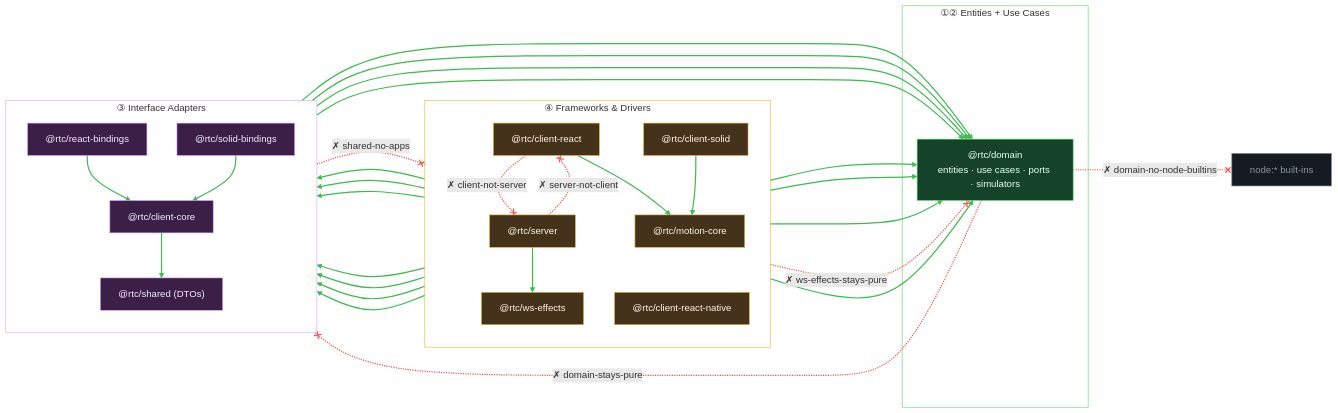
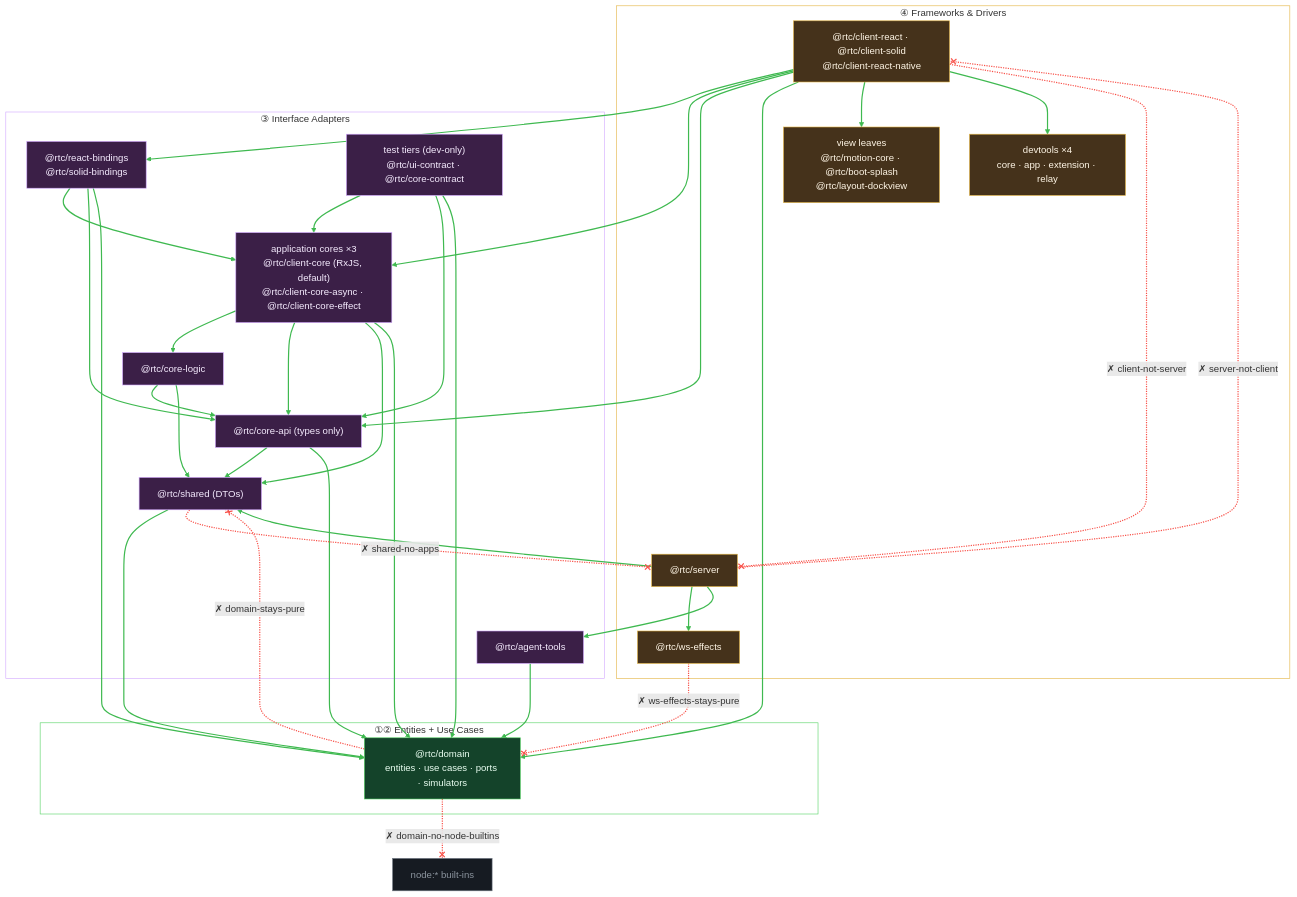
The third of 3 diagrams in docs/architecture/01-overview.md (bettersoftware-io/ReactiveTraderCloudClone), drawn with Mermaid before and after one commit. The commit also changed other lines of this file, not shown here.

Commit message:
docs(architecture): overview draws all 25 packages and the three cores
The ring diagram in §1.3.1 showed eight packages and "the seven
dependency-cruiser rules"; it now groups all 25 by ring, points at the
~40 rules in .dependency-cruiser.cjs, and names client-core as the
default (RxJS) core with two sibling implementations.

Claude-Session: https://claude.ai/code/session_01JdQtWNPjiNAEu7Ji9fejzH

````diff
--- a/docs/architecture/01-overview.md
+++ b/docs/architecture/01-overview.md
@@ -126,76 +126,79 @@
 ```mermaid
-flowchart LR
+flowchart TB
   subgraph r4["④ Frameworks & Drivers"]
-    direction TB
-    webc["@rtc/client-react"]
-    rnc["@rtc/client-react-native"]
-    solidc["@rtc/client-solid"]
+    clients["@rtc/client-react · @rtc/client-solid<br/>@rtc/client-react-native"]
+    srv["@rtc/server"]
     wse["@rtc/ws-effects"]
-    srv["@rtc/server"]
-    motion["@rtc/motion-core"]
+    leaves["view leaves<br/>@rtc/motion-core · @rtc/boot-splash<br/>@rtc/layout-dockview"]
+    devtools["devtools ×4<br/>core · app · extension · relay"]
   end
   subgraph r3["③ Interface Adapters"]
-    direction TB
-    core["@rtc/client-core"]
-    rb["@rtc/react-bindings"]
-    sb["@rtc/solid-bindings"]
+    bindings["@rtc/react-bindings<br/>@rtc/solid-bindings"]
+    cores["application cores ×3<br/>@rtc/client-core (RxJS, default)<br/>@rtc/client-core-async · @rtc/client-core-effect"]
+    tiers["test tiers (dev-only)<br/>@rtc/ui-contract · @rtc/core-contract"]
+    agent["@rtc/agent-tools"]
+    logic["@rtc/core-logic"]
+    api["@rtc/core-api (types only)"]
     shared["@rtc/shared (DTOs)"]
   end
   subgraph r12["①② Entities + Use Cases"]
     domain["@rtc/domain<br/>entities · use cases · ports · simulators"]
   end
   nodeb["node:* built-ins"]:::ext
 
-  %% --- allowed inward imports (edges 0-14; keep order — linkStyle indices depend on it) ---
-  webc --> rb
-  webc --> core
-  webc --> domain
-  rnc --> rb
-  rnc --> core
-  rnc --> domain
-  rb --> core
-  rb --> domain
-  core --> shared
-  core --> domain
-  srv --> domain
+  %% --- allowed inward imports (edges 0-24; keep order — linkStyle indices depend on it) ---
+  clients --> bindings
+  clients --> cores
+  clients --> api
+  clients --> domain
+  clients --> leaves
+  clients --> devtools
+  bindings --> cores
+  bindings --> api
+  bindings --> domain
+  cores --> logic
+  cores --> api
+  cores --> shared
+  cores --> domain
+  logic --> api
+  logic --> shared
+  api --> shared
+  api --> domain
+  shared --> domain
+  tiers --> cores
+  tiers --> api
+  tiers --> domain
+  srv --> wse
+  srv --> agent
   srv --> shared
-  srv --> wse
-  shared --> domain
-  webc --> motion
+  agent --> domain
 
-  %% --- forbidden crossings (edges 15-20), each tagged with the rule that rejects it ---
+  %% --- forbidden crossings (edges 25-30), each tagged with the rule that rejects it ---
   domain -. "✗ domain-stays-pure" .-x shared
   shared -. "✗ shared-no-apps" .-x srv
-  webc -. "✗ client-not-server" .-x srv
-  srv -. "✗ server-not-client" .-x webc
+  clients -. "✗ client-not-server" .-x srv
+  srv -. "✗ server-not-client" .-x clients
   wse -. "✗ ws-effects-stays-pure" .-x domain
   domain -. "✗ domain-no-node-builtins" .-x nodeb
-
-  %% --- allowed inward imports, part 2 (edges 21-26; appended, NOT interleaved,
-  %% so the linkStyle indices for edges 0-20 above stay valid) ---
-  solidc --> sb
-  solidc --> core
-  solidc --> domain
-  solidc --> motion
-  sb --> core
-  sb --> domain
 
   classDef ext fill:#161b22,stroke:#6e7681,color:#8b949e
   style r4 fill:none,stroke:#e3b341
   style r3 fill:none,stroke:#d2a8ff
   style r12 fill:none,stroke:#56d364
   style domain fill:#14432a,stroke:#56d364,color:#eafff2
-  style core fill:#3b1f47,stroke:#d2a8ff,color:#f6ecff
-  style rb fill:#3b1f47,stroke:#d2a8ff,color:#f6ecff
-  style sb fill:#3b1f47,stroke:#d2a8ff,color:#f6ecff
+  style bindings fill:#3b1f47,stroke:#d2a8ff,color:#f6ecff
+  style cores fill:#3b1f47,stroke:#d2a8ff,color:#f6ecff
+  style tiers fill:#3b1f47,stroke:#d2a8ff,color:#f6ecff
+  style agent fill:#3b1f47,stroke:#d2a8ff,color:#f6ecff
+  style logic fill:#3b1f47,stroke:#d2a8ff,color:#f6ecff
+  style api fill:#3b1f47,stroke:#d2a8ff,color:#f6ecff
   style shared fill:#3b1f47,stroke:#d2a8ff,color:#f6ecff
-  style webc fill:#45321b,stroke:#e3b341,color:#fff6e6
-  style rnc fill:#45321b,stroke:#e3b341,color:#fff6e6
-  style solidc fill:#45321b,stroke:#e3b341,color:#fff6e6
+  style clients fill:#45321b,stroke:#e3b341,color:#fff6e6
+  style srv fill:#45321b,stroke:#e3b341,color:#fff6e6
   style wse fill:#45321b,stroke:#e3b341,color:#fff6e6
-  style srv fill:#45321b,stroke:#e3b341,color:#fff6e6
-  style motion fill:#45321b,stroke:#e3b341,color:#fff6e6
+  style leaves fill:#45321b,stroke:#e3b341,color:#fff6e6
+  style devtools fill:#45321b,stroke:#e3b341,color:#fff6e6
 
-  linkStyle 0,1,2,3,4,5,6,7,8,9,10,11,12,13,14,21,22,23,24,25,26 stroke:#3fb950,stroke-width:2px
-  linkStyle 15,16,17,18,19,20 stroke:#f85149,stroke-width:2px
+  linkStyle 0,1,2,3,4,5,6,7,8,9,10,11,12,13,14,15,16,17,18,19,20,21,22,23,24 stroke:#3fb950,stroke-width:2px
+  linkStyle 25,26,27,28,29,30 stroke:#f85149,stroke-width:2px
 ```
````
